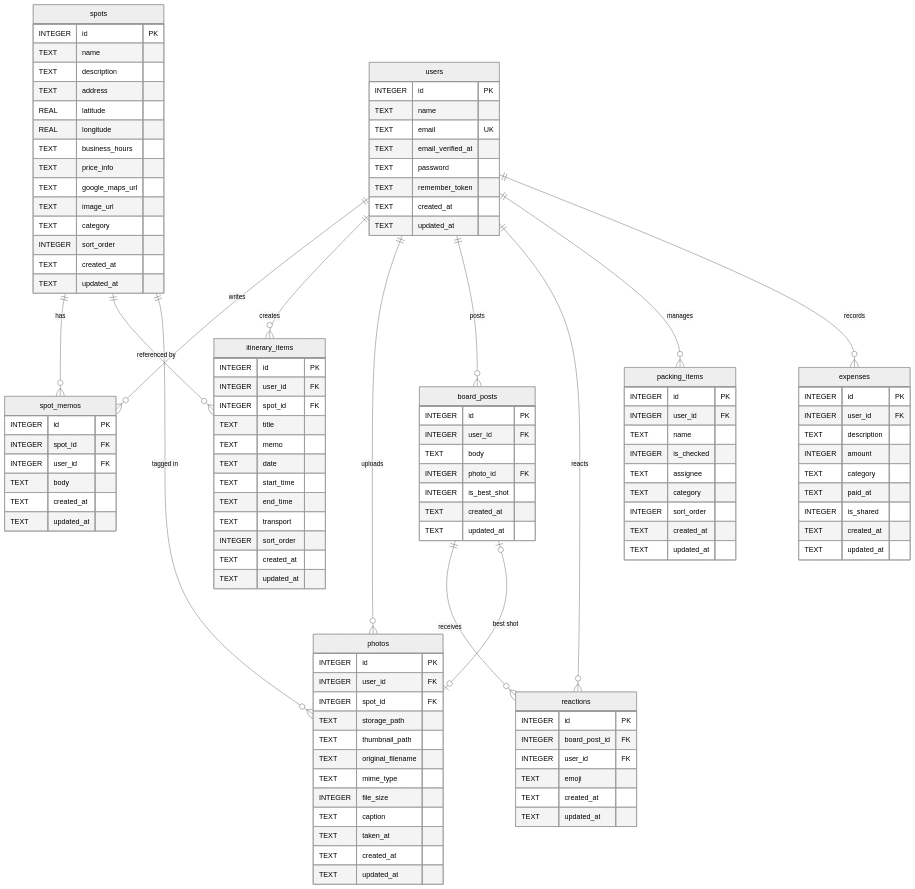
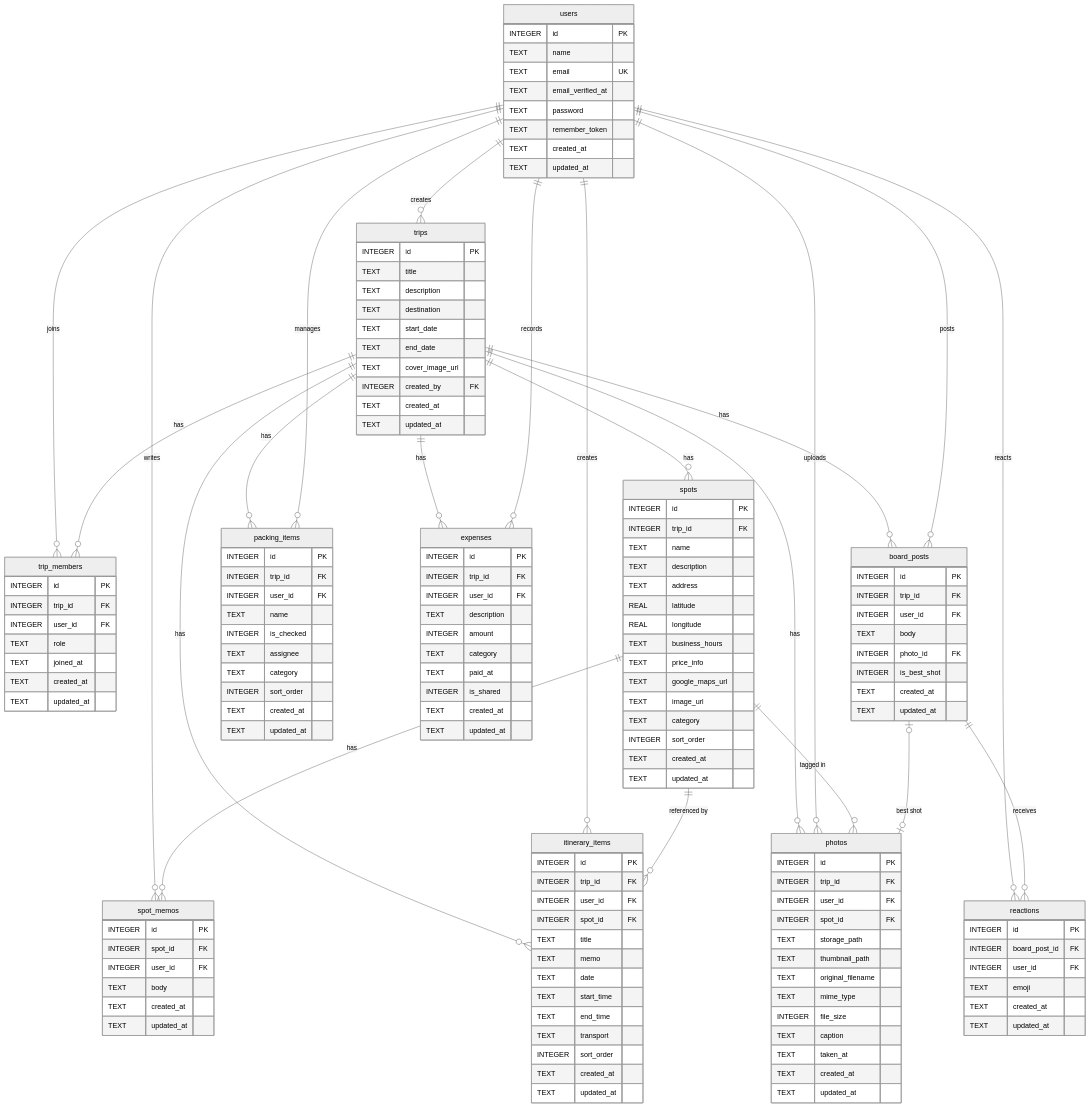
The diagram in docs/db/ER.md (tdiccccc/trip_app), drawn with Mermaid (neutral theme) before and after one commit. The commit also changed other lines of this file and 10 other files, not shown here.

First line of the commit message:
docs(db): 複数旅行対応のDB設計に更新（trips/trip_membersテーブル追加）

````diff
--- a/docs/db/ER.md
+++ b/docs/db/ER.md
@@ -22,8 +22,32 @@
         TEXT updated_at
     }
 
+    trips {
+        INTEGER id PK
+        TEXT title
+        TEXT description
+        TEXT destination
+        TEXT start_date
+        TEXT end_date
+        TEXT cover_image_url
+        INTEGER created_by FK
+        TEXT created_at
+        TEXT updated_at
+    }
+
+    trip_members {
+        INTEGER id PK
+        INTEGER trip_id FK
+        INTEGER user_id FK
+        TEXT role
+        TEXT joined_at
+        TEXT created_at
+        TEXT updated_at
+    }
+
     spots {
         INTEGER id PK
+        INTEGER trip_id FK
         TEXT name
         TEXT description
         TEXT address
@@ -50,6 +74,7 @@
 
     itinerary_items {
         INTEGER id PK
+        INTEGER trip_id FK
         INTEGER user_id FK
         INTEGER spot_id FK
         TEXT title
@@ -65,6 +90,7 @@
 
     photos {
         INTEGER id PK
+        INTEGER trip_id FK
         INTEGER user_id FK
         INTEGER spot_id FK
         TEXT storage_path
@@ -80,6 +106,7 @@
 
     board_posts {
         INTEGER id PK
+        INTEGER trip_id FK
         INTEGER user_id FK
         TEXT body
         INTEGER photo_id FK
@@ -99,6 +126,7 @@
 
     packing_items {
         INTEGER id PK
+        INTEGER trip_id FK
         INTEGER user_id FK
         TEXT name
         INTEGER is_checked
@@ -111,6 +139,7 @@
 
     expenses {
         INTEGER id PK
+        INTEGER trip_id FK
         INTEGER user_id FK
         TEXT description
         INTEGER amount
@@ -121,7 +150,18 @@
         TEXT updated_at
     }
 
-    %% リレーション
+    %% trips を中心としたリレーション
+    users ||--o{ trips : "creates"
+    users ||--o{ trip_members : "joins"
+    trips ||--o{ trip_members : "has"
+    trips ||--o{ spots : "has"
+    trips ||--o{ itinerary_items : "has"
+    trips ||--o{ photos : "has"
+    trips ||--o{ board_posts : "has"
+    trips ||--o{ packing_items : "has"
+    trips ||--o{ expenses : "has"
+
+    %% users からのリレーション
     users ||--o{ spot_memos : "writes"
     users ||--o{ itinerary_items : "creates"
     users ||--o{ photos : "uploads"
@@ -130,10 +170,12 @@
     users ||--o{ packing_items : "manages"
     users ||--o{ expenses : "records"
 
+    %% spots からのリレーション
     spots ||--o{ spot_memos : "has"
     spots ||--o{ itinerary_items : "referenced by"
     spots ||--o{ photos : "tagged in"
 
+    %% board_posts からのリレーション
     board_posts ||--o{ reactions : "receives"
     board_posts |o--o| photos : "best shot"
 ```
````
